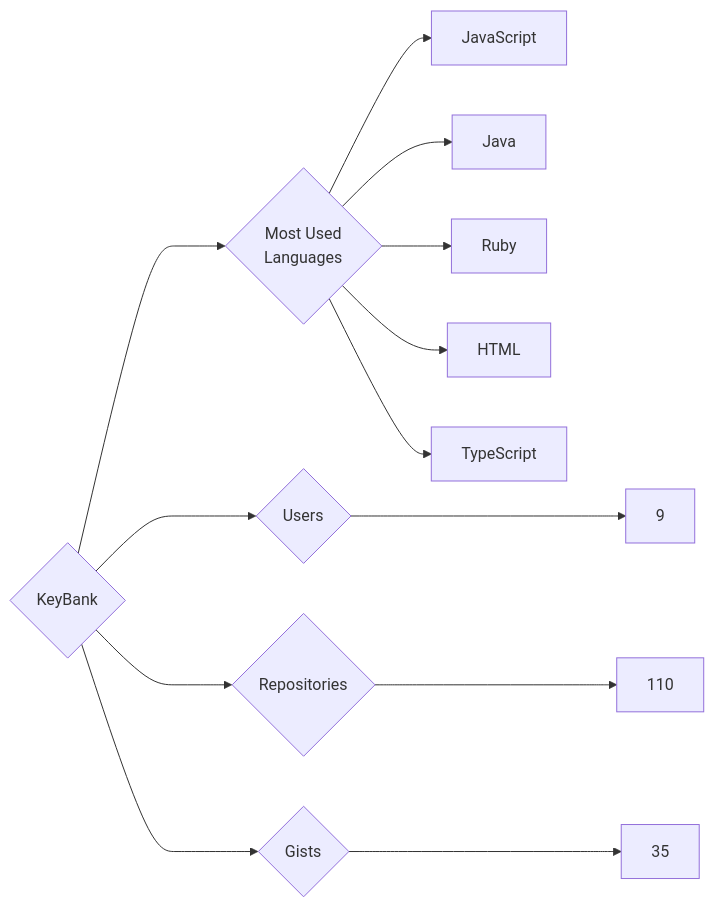
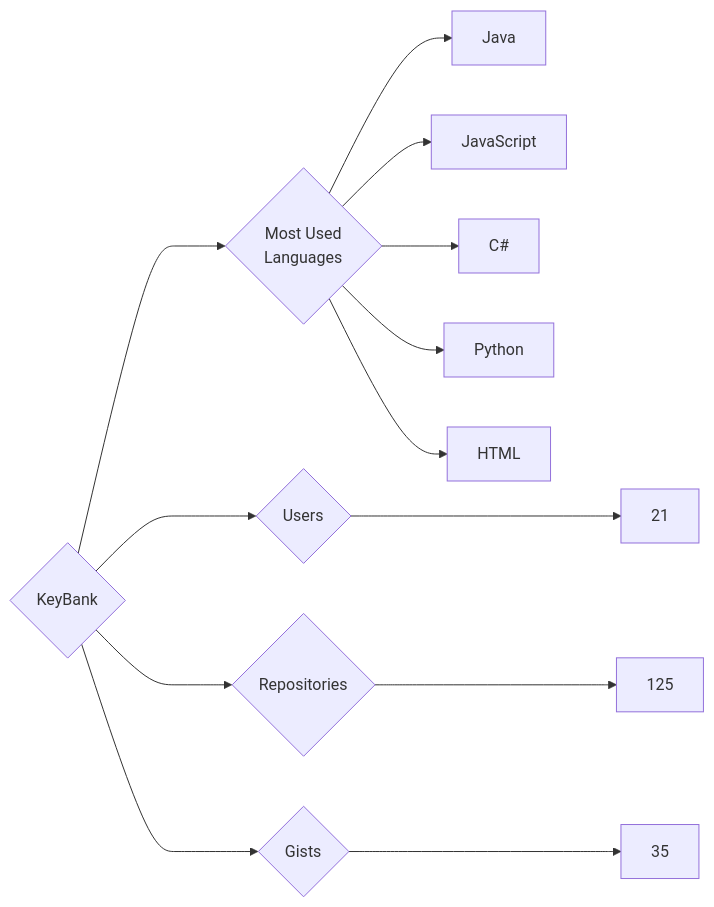
Before and after one commit to trickest/insiders: the diagram in targets/KeyBank/README.md, drawn with Mermaid. The commit also changed 934 other files, not shown here.

````diff
--- a/targets/KeyBank/README.md
+++ b/targets/KeyBank/README.md
@@ -3,13 +3,13 @@
 ```mermaid
 graph LR
 COMPANY_NAME{KeyBank}
-COMPANY_NAME ---> U{Users} ---> UN[9]
-COMPANY_NAME ---> R{Repositories} ---> RN[110]
+COMPANY_NAME ---> U{Users} ---> UN[21]
+COMPANY_NAME ---> R{Repositories} ---> RN[125]
 COMPANY_NAME ---> G{Gists} ---> GN[35]
 COMPANY_NAME ---> ML{Most Used<br>Languages}
+ML --> Java[Java]
 ML --> JavaScript[JavaScript]
-ML --> Java[Java]
-ML --> Ruby[Ruby]
+ML --> C#[C#]
+ML --> Python[Python]
 ML --> HTML[HTML]
-ML --> TypeScript[TypeScript]
 ```
````
